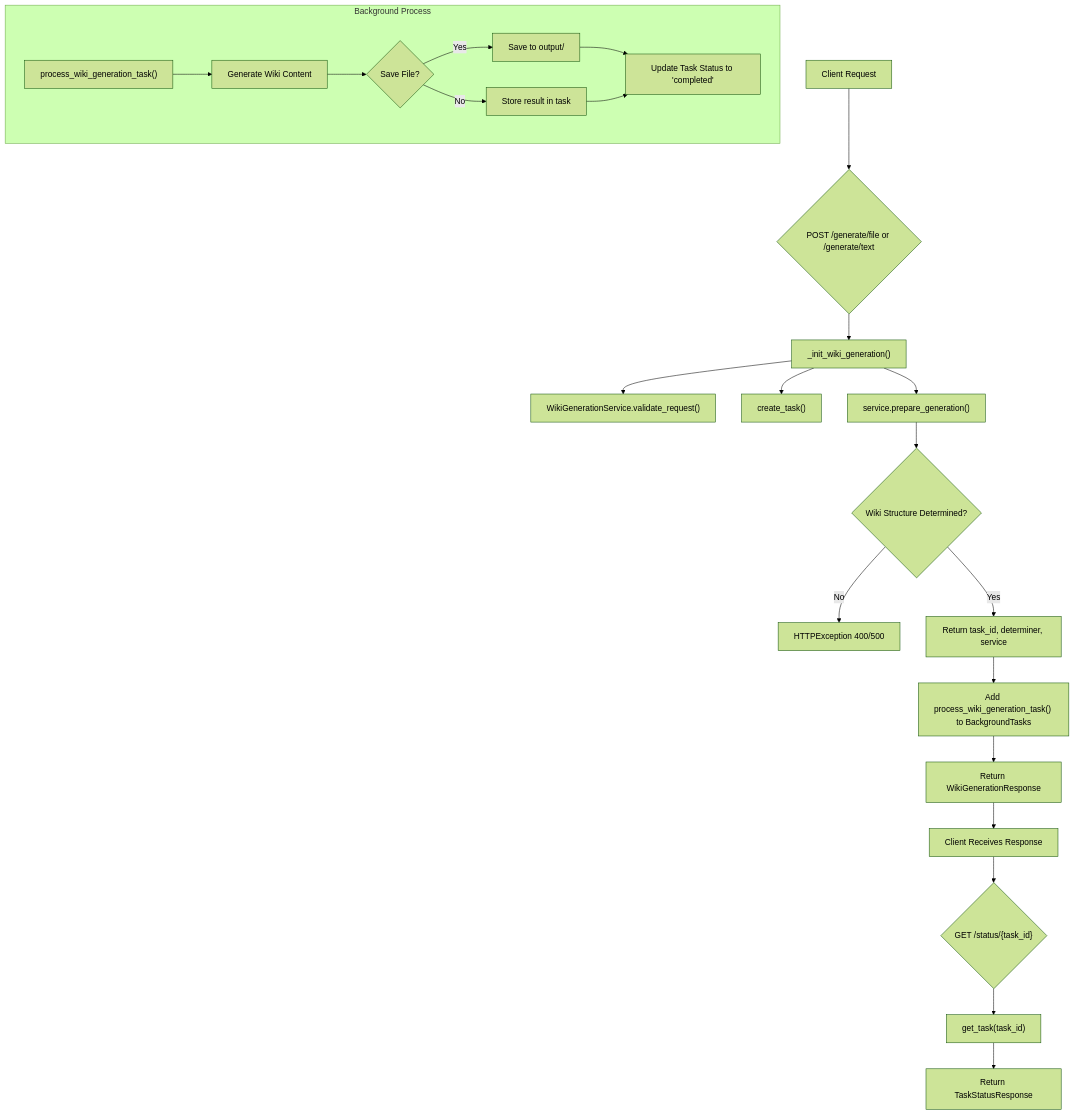
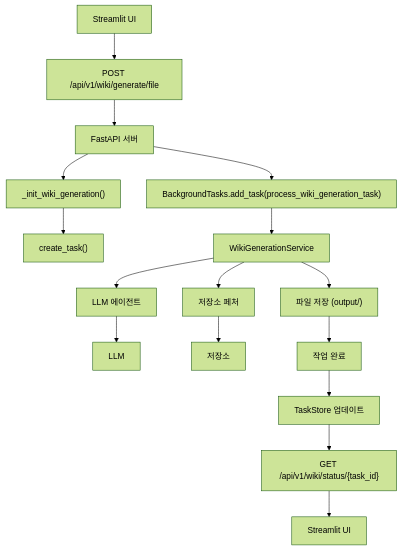
Diagram 14 of 23 in examples/wiki_as_README.md (catuscio/wiki-as-readme), drawn with Mermaid (forest theme) before and after one commit. The commit also changed other lines of this file, not shown here.

Commit message:
✨📚 Update examples/wiki_as_README.md via Wiki-As-Readme Action (ko)

````diff
--- a/examples/wiki_as_README.md
+++ b/examples/wiki_as_README.md
@@ -1737,30 +1571,18 @@
 ```mermaid
-graph TD
-    A["Client Request"] --> B{"POST /generate/file or /generate/text"};
-
-    B --> C["_init_wiki_generation()"];
-    C --> D["WikiGenerationService.validate_request()"];
-    C --> E["create_task()"];
-    C --> F["service.prepare_generation()"];
-    F --> G{"Wiki Structure Determined?"};
-    G -- "No" --> H["HTTPException 400/500"];
-    G -- "Yes" --> I["Return task_id, determiner, service"];
-
-    I --> J["Add process_wiki_generation_task() to BackgroundTasks"];
-    J --> K["Return WikiGenerationResponse"];
-
-    subgraph Background Process
-        L["process_wiki_generation_task()"]
-        L --> M["Generate Wiki Content"];
-        M --> N{"Save File?"};
-        N -- "Yes" --> O["Save to output/"];
-        N -- "No" --> P["Store result in task"];
-        O --> Q["Update Task Status to 'completed'"];
-        P --> Q;
-    end
-
-    K --> R["Client Receives Response"];
-    R --> S{"GET /status/{task_id}"};
-    S --> T["get_task(task_id)"];
-    T --> U["Return TaskStatusResponse"];
+flowchart TD
+    A["Streamlit UI"] --> B["POST /api/v1/wiki/generate/file"];
+    B --> C["FastAPI 서버"];
+    C --> D["_init_wiki_generation()"];
+    D --> E["create_task()"];
+    C --> F["BackgroundTasks.add_task(process_wiki_generation_task)"];
+    F --> G["WikiGenerationService"];
+    G --> H["LLM 에이전트"];
+    H --> I["LLM"];
+    G --> J["저장소 페처"];
+    J --> K["저장소"];
+    G --> L["파일 저장 (output/)"];
+    L --> M["작업 완료"];
+    M --> N["TaskStore 업데이트"];
+    N --> O["GET /api/v1/wiki/status/{task_id}"];
+    O --> P["Streamlit UI"];
 ```
````
